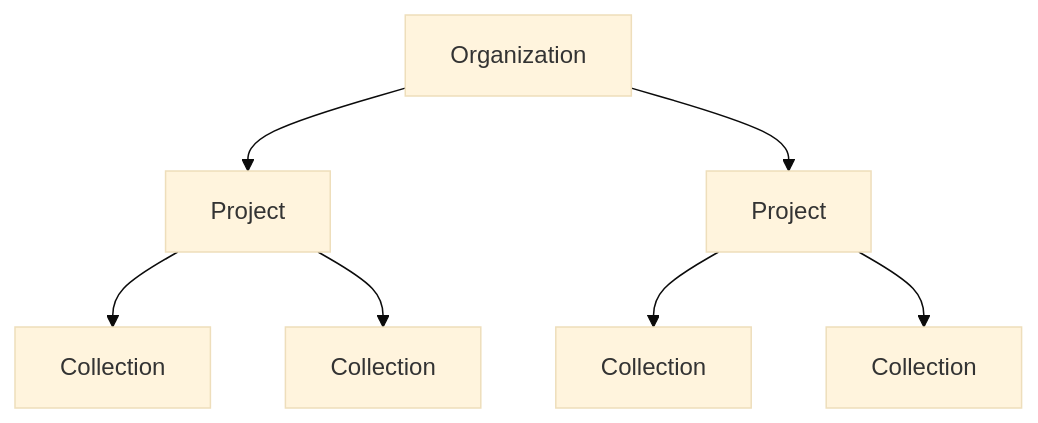
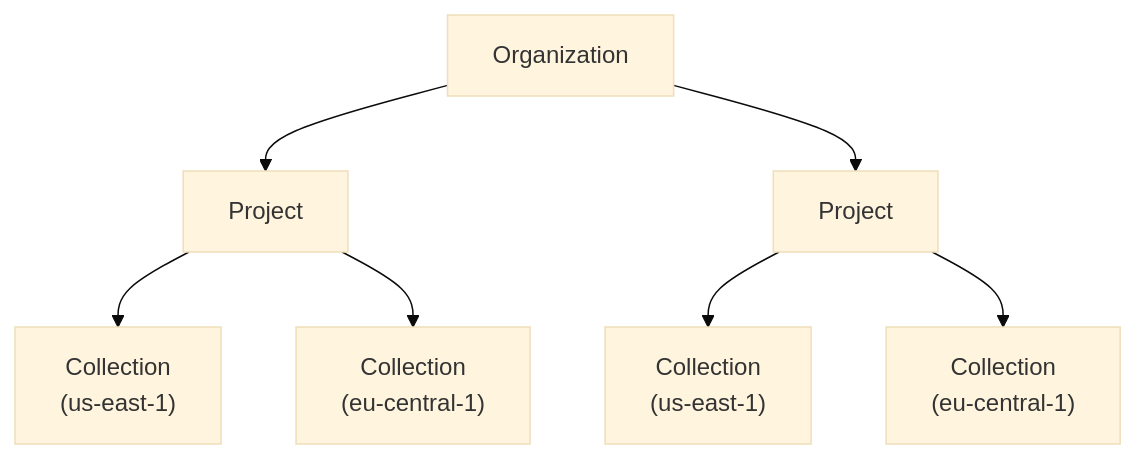
The diagram in docs/installation.mdx (topk-io/topk), drawn with Mermaid (base theme) before and after one commit. The commit also changed other lines of this file and 3 other files, not shown here.

````diff
--- a/docs/installation.mdx
+++ b/docs/installation.mdx
@@ -104,9 +104,9 @@
 ```mermaid
 graph TD
     A[Organization] --> B[Project]
     A --> C[Project]
-    B --> D[Collection]
-    B --> E[Collection]
-    C --> G[Collection]
-    C --> H[Collection]
+    B --> D["Collection\n(us-east-1)"]
+    B --> E["Collection\n(eu-central-1)"]
+    C --> G["Collection\n(us-east-1)"]
+    C --> H["Collection\n(eu-central-1)"]
 ```
````
